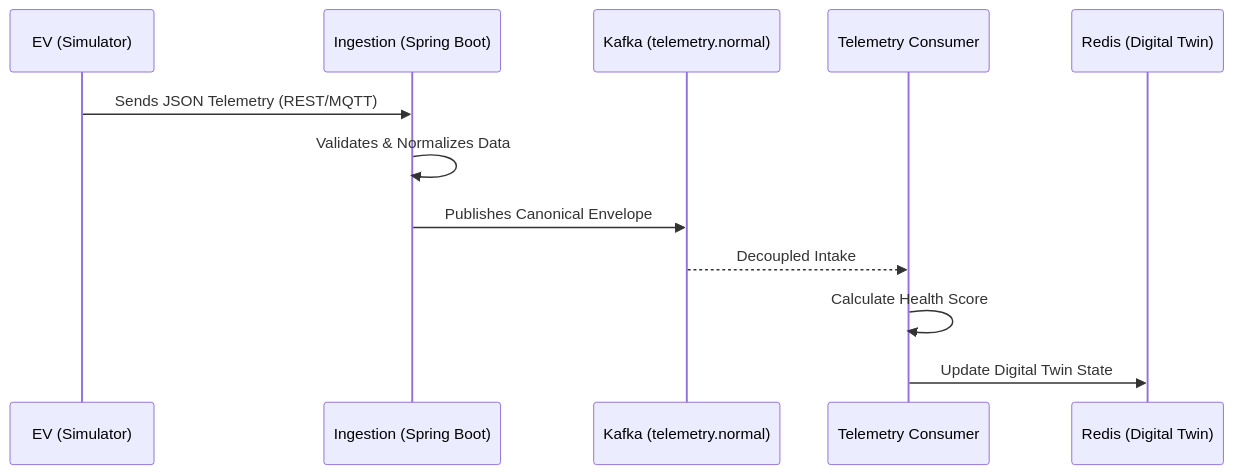
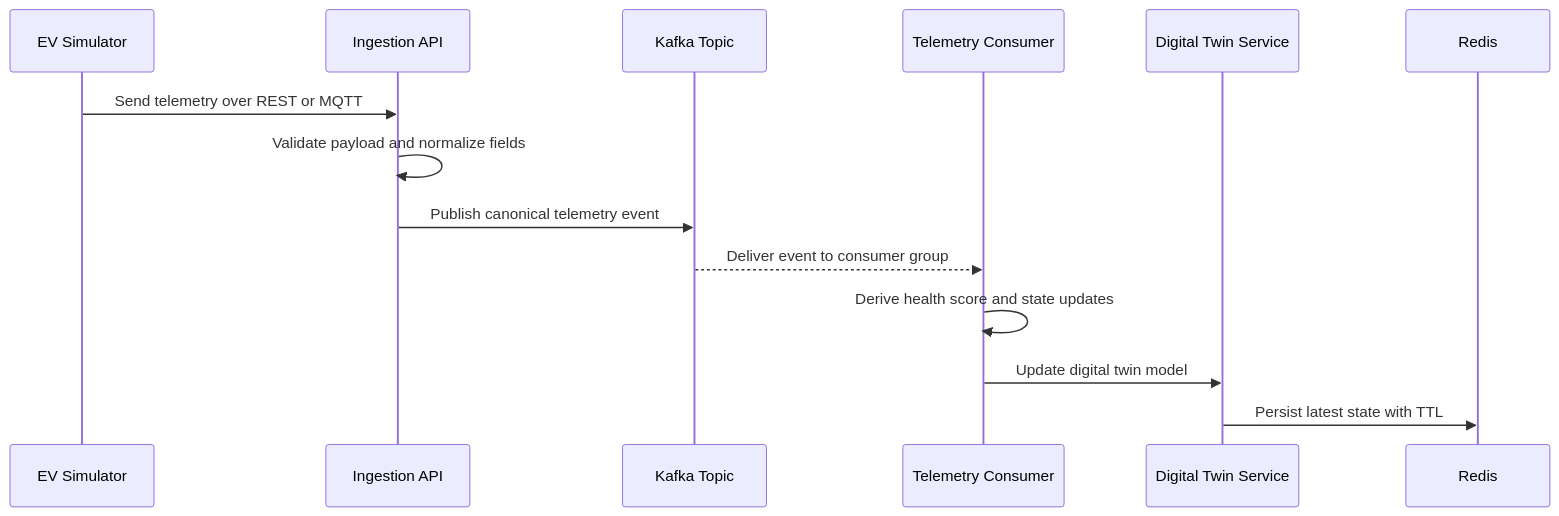
Before and after one commit to Animesh-86/Axion-EV-Fleet-Management-Minor-Project: the diagram in Viva_Prep/02_Backend_Deep_Dive.md, drawn with Mermaid. The commit also changed other lines of this file and 2834 other files, not shown here.

````diff
--- a/Viva_Prep/02_Backend_Deep_Dive.md
+++ b/Viva_Prep/02_Backend_Deep_Dive.md
@@ -31,15 +69,17 @@
 ```mermaid
 sequenceDiagram
-    participant V as EV (Simulator)
-    participant I as Ingestion (Spring Boot)
-    participant K as Kafka (telemetry.normal)
+    participant V as EV Simulator
+    participant I as Ingestion API
+    participant K as Kafka Topic
     participant C as Telemetry Consumer
-    participant R as Redis (Digital Twin)
+    participant D as Digital Twin Service
+    participant R as Redis
 
-    V->>I: Sends JSON Telemetry (REST/MQTT)
-    I->>I: Validates & Normalizes Data
-    I->>K: Publishes Canonical Envelope
-    K-->>C: Decoupled Intake
-    C->>C: Calculate Health Score
-    C->>R: Update Digital Twin State
+    V->>I: Send telemetry over REST or MQTT
+    I->>I: Validate payload and normalize fields
+    I->>K: Publish canonical telemetry event
+    K-->>C: Deliver event to consumer group
+    C->>C: Derive health score and state updates
+    C->>D: Update digital twin model
+    D->>R: Persist latest state with TTL
 ```
````
